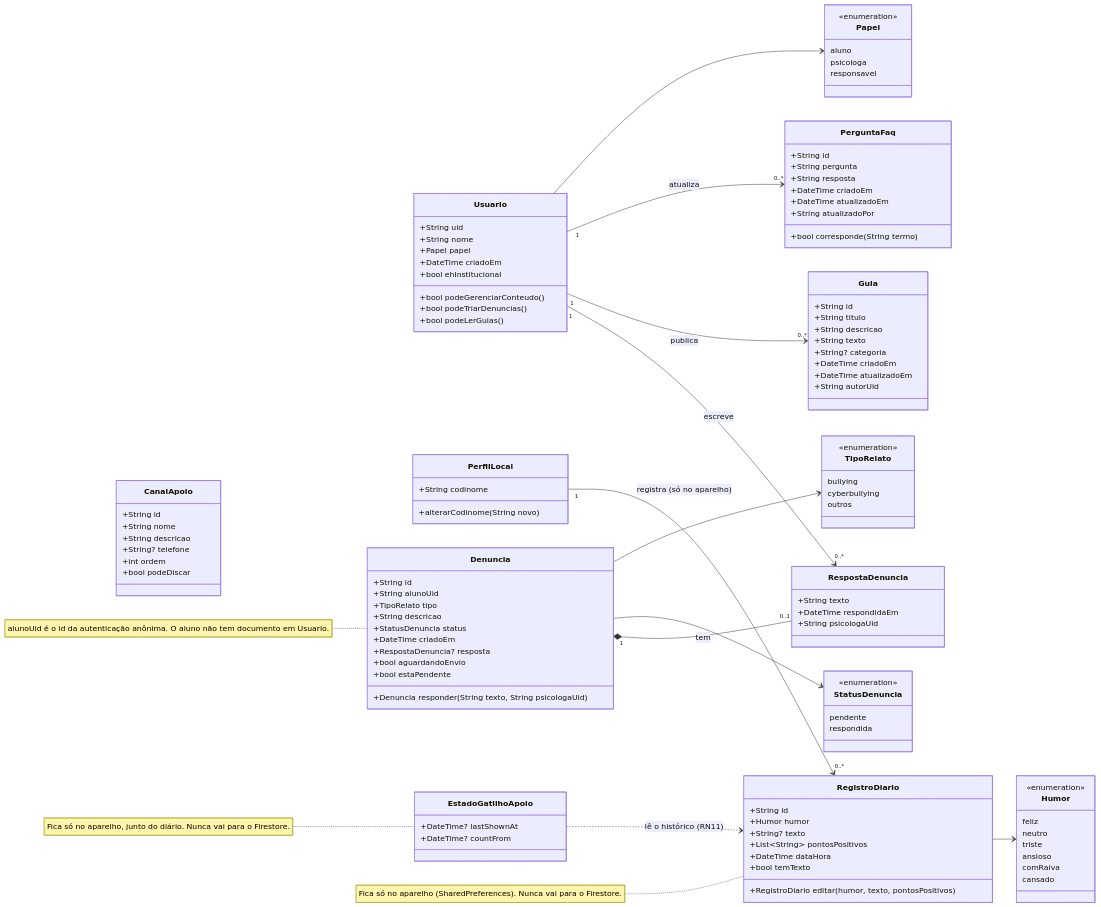
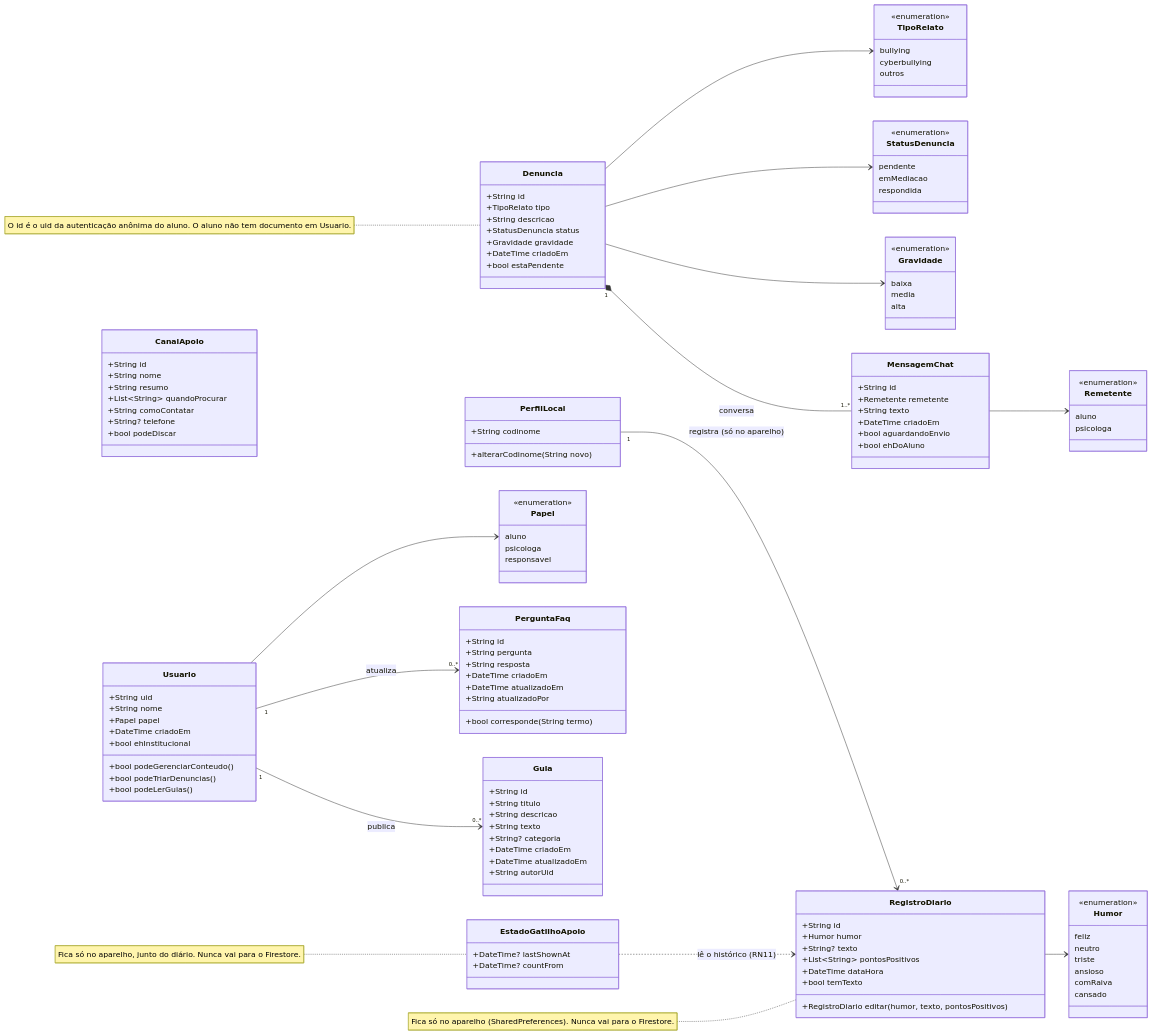
One commit to maarcos4g/mente-leve changed the diagram in docs/modelagem/02-diagrama-de-classes.md. Above: the diagram before and after it, drawn with Mermaid. The commit also changed other lines of this file and 11 other files, not shown here.

````diff
--- a/docs/modelagem/02-diagrama-de-classes.md
+++ b/docs/modelagem/02-diagrama-de-classes.md
@@ -34,7 +34,19 @@
 class StatusDenuncia {
   <<enumeration>>
   pendente
+  emMediacao
   respondida
+}
+class Gravidade {
+  <<enumeration>>
+  baixa
+  media
+  alta
+}
+class Remetente {
+  <<enumeration>>
+  aluno
+  psicologa
 }
 
 class Usuario {
@@ -62,20 +74,20 @@
 }
 class Denuncia {
   +String id
-  +String alunoUid
   +TipoRelato tipo
   +String descricao
   +StatusDenuncia status
+  +Gravidade gravidade
   +DateTime criadoEm
-  +RespostaDenuncia? resposta
+  +bool estaPendente
+}
+class MensagemChat {
+  +String id
+  +Remetente remetente
+  +String texto
+  +DateTime criadoEm
   +bool aguardandoEnvio
-  +bool estaPendente
-  +Denuncia responder(String texto, String psicologaUid)
-}
-class RespostaDenuncia {
-  +String texto
-  +DateTime respondidaEm
-  +String psicologaUid
+  +bool ehDoAluno
 }
 class PerguntaFaq {
   +String id
@@ -99,9 +111,10 @@
 class CanalApoio {
   +String id
   +String nome
-  +String descricao
+  +String resumo
+  +List~String~ quandoProcurar
+  +String comoContatar
   +String? telefone
-  +int ordem
   +bool podeDiscar
 }
 class EstadoGatilhoApoio {
@@ -113,14 +126,15 @@
 RegistroDiario --> Humor
 Denuncia --> TipoRelato
 Denuncia --> StatusDenuncia
-Denuncia "1" *-- "0..1" RespostaDenuncia : tem
+Denuncia --> Gravidade
+Denuncia "1" *-- "1..*" MensagemChat : conversa
+MensagemChat --> Remetente
 PerfilLocal "1" --> "0..*" RegistroDiario : registra (só no aparelho)
 Usuario "1" --> "0..*" PerguntaFaq : atualiza
 Usuario "1" --> "0..*" Guia : publica
-Usuario "1" --> "0..*" RespostaDenuncia : escreve
 EstadoGatilhoApoio ..> RegistroDiario : lê o histórico (RN11)
 
-note for Denuncia "alunoUid é o id da autenticação anônima. O aluno não tem documento em Usuario."
+note for Denuncia "O id é o uid da autenticação anônima do aluno. O aluno não tem documento em Usuario."
 note for RegistroDiario "Fica só no aparelho (SharedPreferences). Nunca vai para o Firestore."
 note for EstadoGatilhoApoio "Fica só no aparelho, junto do diário. Nunca vai para o Firestore."
 ```
````
